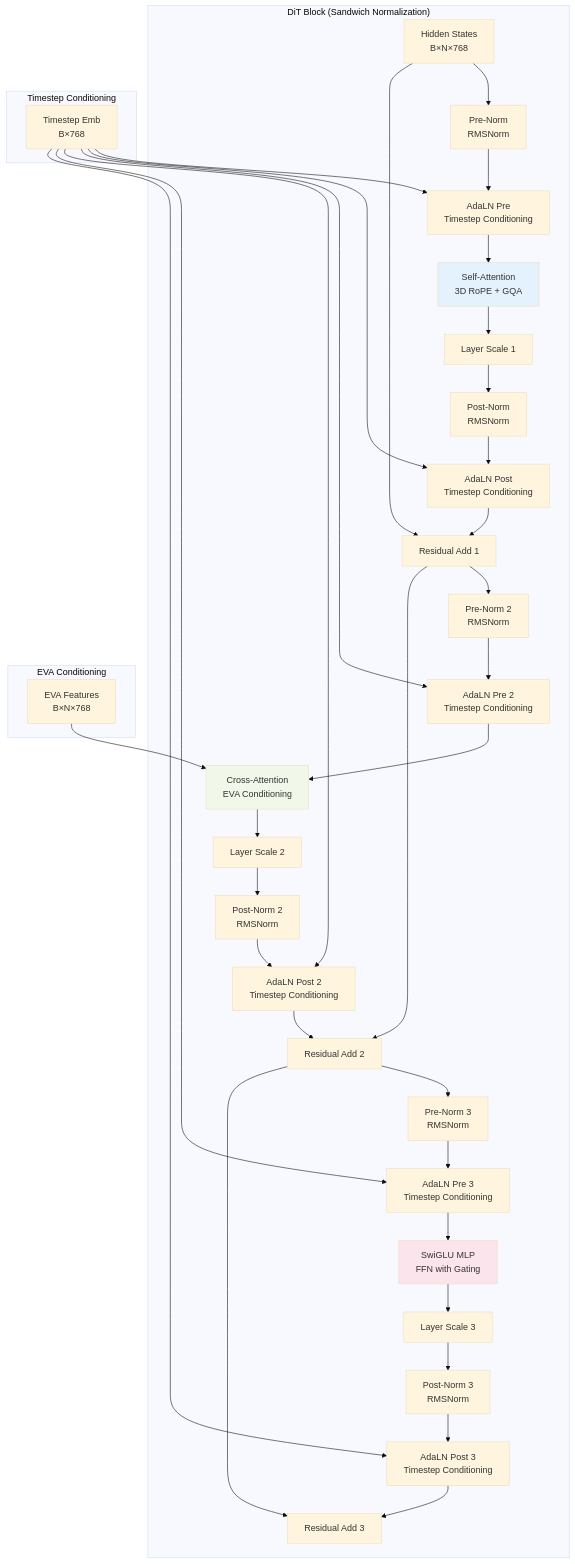
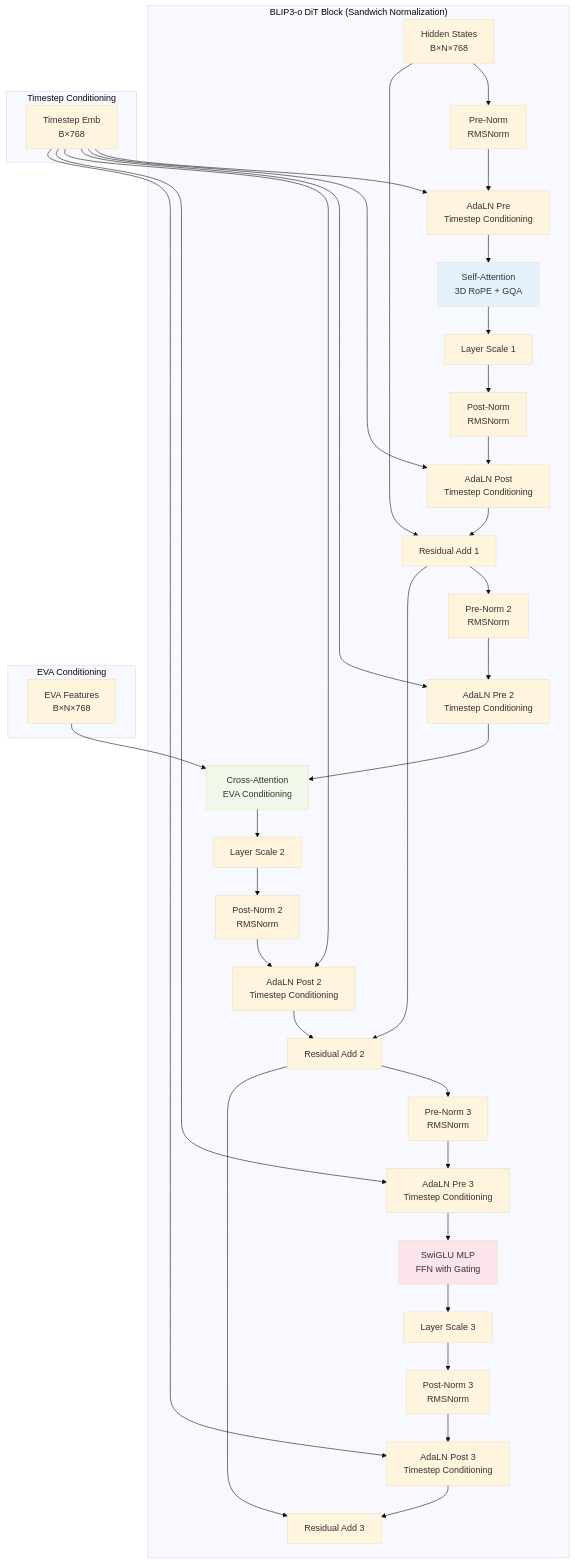
Before and after one commit to Hafeezmhk7/eva-clip-v2_4: the second of 3 diagrams in readme.md, drawn with Mermaid (base theme). The commit also changed other lines of this file, not shown here.

Commit message:
fixed the clean blip3o architecture

````diff
--- a/readme.md
+++ b/readme.md
@@ -53,49 +80,49 @@
 ```mermaid
 graph TB
-    subgraph "DiT Block (Sandwich Normalization)"
+    subgraph "BLIP3-o DiT Block (Sandwich Normalization)"
         A[Hidden States<br/>B×N×768] --> B[Pre-Norm<br/>RMSNorm]
         B --> C[AdaLN Pre<br/>Timestep Conditioning]
         C --> D[Self-Attention<br/>3D RoPE + GQA]
         D --> E[Layer Scale 1]
         E --> F[Post-Norm<br/>RMSNorm]
         F --> G[AdaLN Post<br/>Timestep Conditioning]
         G --> H[Residual Add 1]
         
         H --> I[Pre-Norm 2<br/>RMSNorm]
         I --> J[AdaLN Pre 2<br/>Timestep Conditioning]
         J --> K[Cross-Attention<br/>EVA Conditioning]
         K --> L[Layer Scale 2]
         L --> M[Post-Norm 2<br/>RMSNorm]
         M --> N[AdaLN Post 2<br/>Timestep Conditioning]
         N --> O[Residual Add 2]
         
         O --> P[Pre-Norm 3<br/>RMSNorm]
         P --> Q[AdaLN Pre 3<br/>Timestep Conditioning]
         Q --> R[SwiGLU MLP<br/>FFN with Gating]
         R --> S[Layer Scale 3]
         S --> T[Post-Norm 3<br/>RMSNorm]
         T --> U[AdaLN Post 3<br/>Timestep Conditioning]
         U --> V[Residual Add 3]
         
         A --> H
         H --> O
         O --> V
     end
     
     subgraph "EVA Conditioning"
         W[EVA Features<br/>B×N×768] --> K
     end
     
     subgraph "Timestep Conditioning"
         X[Timestep Emb<br/>B×768] --> C
         X --> G
         X --> J
         X --> N
         X --> Q
         X --> U
     end
     
     style D fill:#e3f2fd
     style K fill:#f1f8e9
     style R fill:#fce4ec
 ```
````
